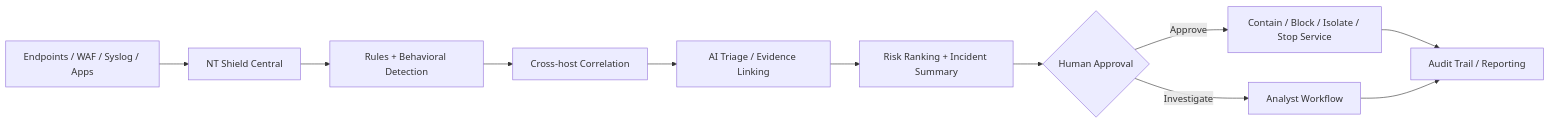
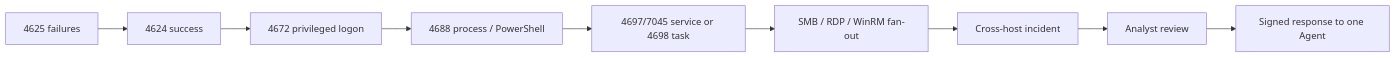
Before and after one commit to paddman/Shield: the first of 4 diagrams in README.md, drawn with Mermaid. The commit also changed other lines of this file and 32 other files, not shown here.

First line of the commit message:
security: harden NT Shield control plane and signed response flow (v1.3.1)

````diff
--- a/README.md
+++ b/README.md
@@ -37,13 +47,11 @@
 ```mermaid
 flowchart LR
-  A[Endpoints / WAF / Syslog / Apps] --> B[NT Shield Central]
-  B --> C[Rules + Behavioral Detection]
-  C --> D[Cross-host Correlation]
-  D --> E[AI Triage / Evidence Linking]
-  E --> F[Risk Ranking + Incident Summary]
-  F --> G{Human Approval}
-  G -->|Approve| H[Contain / Block / Isolate / Stop Service]
-  G -->|Investigate| I[Analyst Workflow]
-  H --> J[Audit Trail / Reporting]
-  I --> J
+  A[4625 failures] --> B[4624 success]
+  B --> C[4672 privileged logon]
+  C --> D[4688 process / PowerShell]
+  D --> E[4697/7045 service or 4698 task]
+  E --> F[SMB / RDP / WinRM fan-out]
+  F --> G[Cross-host incident]
+  G --> H[Analyst review]
+  H --> I[Signed response to one Agent]
 ```
````
